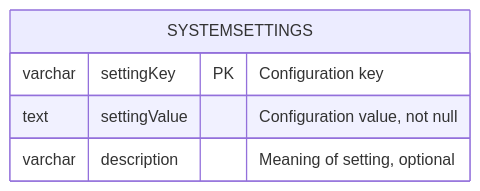
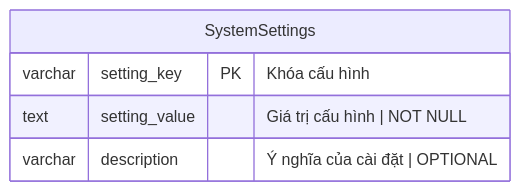
One commit to hainguyen81/membership-hub changed diagram 12 of 12 in docs/requirements/requirements.md. Above: the diagram before and after it, drawn with Mermaid. The commit also changed other lines of this file and 1 other file, not shown here.

````diff
--- a/docs/requirements/requirements.md
+++ b/docs/requirements/requirements.md
@@ -338,8 +632,8 @@
-  ```mermaid
-  erDiagram
-      SYSTEMSETTINGS {
-          varchar settingKey PK "Configuration key"
-          text settingValue "Configuration value, not null"
-          varchar description "Meaning of setting, optional"
-      }
-  ```
+```mermaid
+erDiagram
+    SystemSettings {
+        varchar setting_key PK "Khóa cấu hình"
+        text setting_value "Giá trị cấu hình | NOT NULL"
+        varchar description "Ý nghĩa của cài đặt | OPTIONAL"
+    }
+```
````
